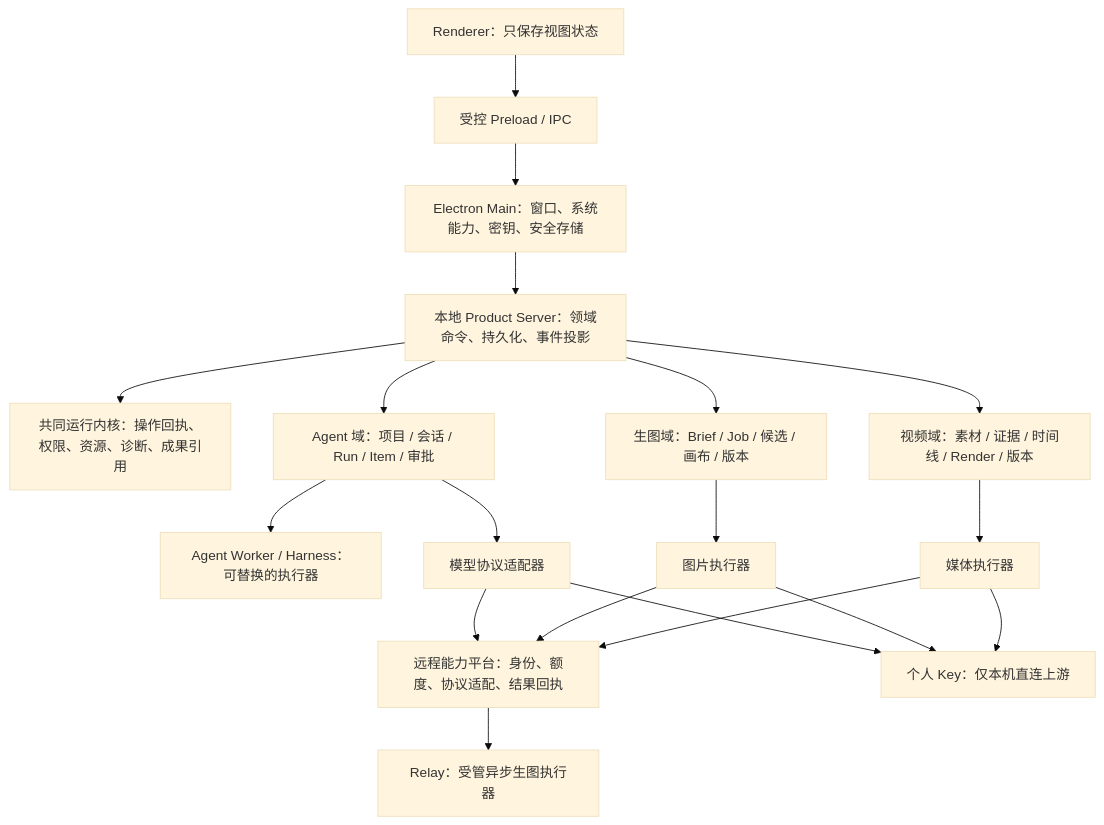
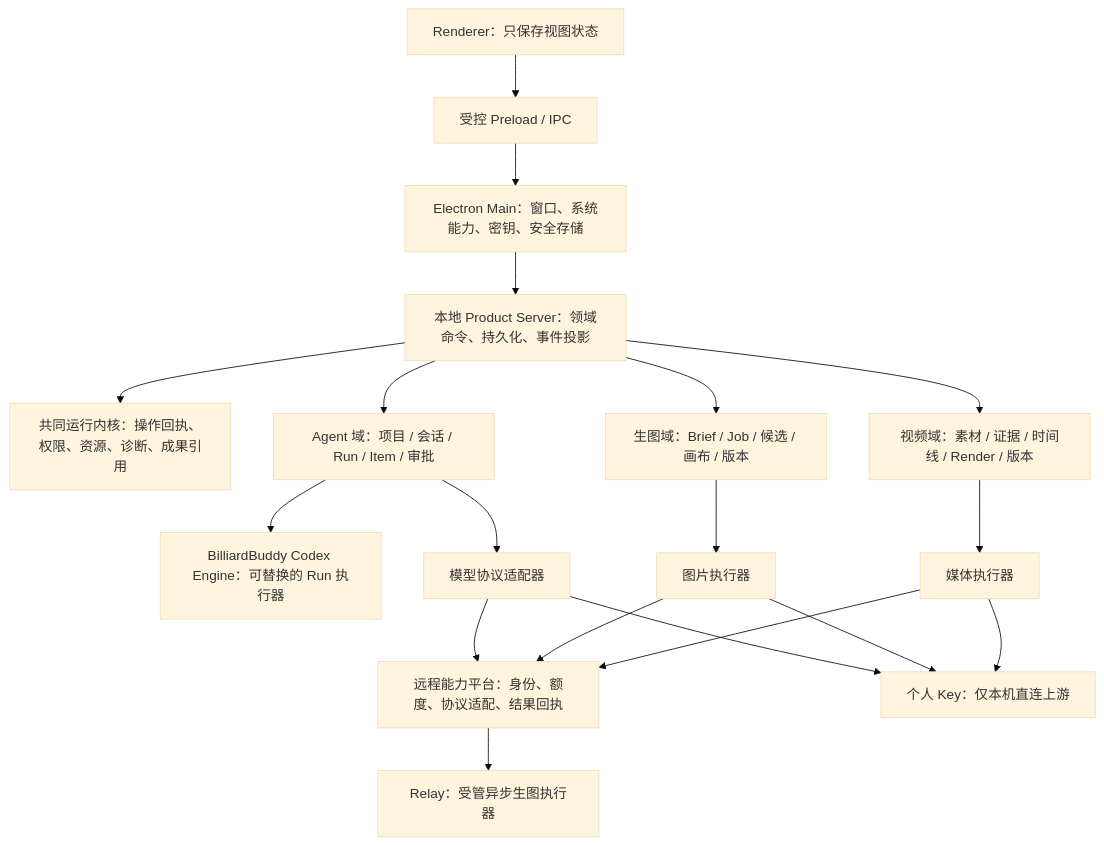
Before and after one commit to luu175ktovtsvor-spec/billiardbuddy: the diagram in docs/重构/00-目标架构与施工顺序.md, drawn with Mermaid (base theme). The commit also changed other lines of this file and 6 other files, not shown here.

````diff
--- a/docs/重构/00-目标架构与施工顺序.md
+++ b/docs/重构/00-目标架构与施工顺序.md
@@ -32,24 +34,24 @@
 ```mermaid
 flowchart TB
   R["Renderer：只保存视图状态"] --> P["受控 Preload / IPC"]
   P --> M["Electron Main：窗口、系统能力、密钥、安全存储"]
   M --> S["本地 Product Server：领域命令、持久化、事件投影"]
 
   S --> K["共同运行内核：操作回执、权限、资源、诊断、成果引用"]
   S --> A["Agent 域：项目 / 会话 / Run / Item / 审批"]
   S --> I["生图域：Brief / Job / 候选 / 画布 / 版本"]
   S --> V["视频域：素材 / 证据 / 时间线 / Render / 版本"]
 
-  A --> W["Agent Worker / Harness：可替换的执行器"]
+  A --> W["BilliardBuddy Codex Engine：可替换的 Run 执行器"]
   A --> MP["模型协议适配器"]
   I --> IE["图片执行器"]
   V --> VE["媒体执行器"]
 
   MP --> G["远程能力平台：身份、额度、协议适配、结果回执"]
   IE --> G
   VE --> G
   G --> RL["Relay：受管异步生图执行器"]
   MP --> D["个人 Key：仅本机直连上游"]
   IE --> D
   VE --> D
 ```
````
